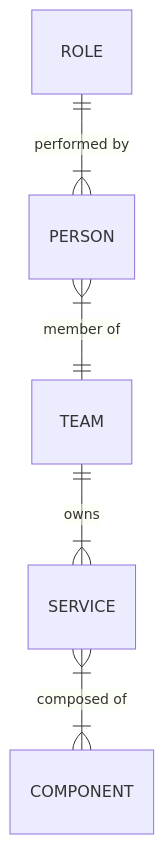
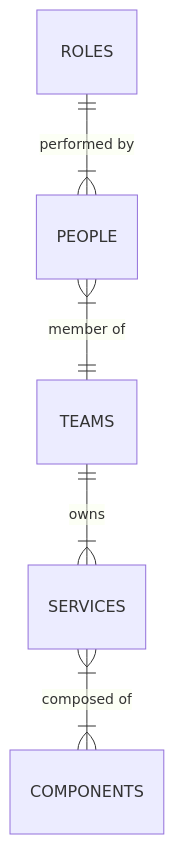
The third of 3 diagrams in README.md (matthew-shaw/conflux), drawn with Mermaid before and after one commit.

````diff
--- a/README.md
+++ b/README.md
@@ -123,7 +123,7 @@
 ```mermaid
 erDiagram
-    ROLE ||--|{ PERSON : "performed by"
-    PERSON }|--|| TEAM : "member of"
-    TEAM ||--|{ SERVICE : owns
-    SERVICE }|--|{ COMPONENT : "composed of"
+    ROLES ||--|{ PEOPLE : "performed by"
+    PEOPLE }|--|| TEAMS : "member of"
+    TEAMS ||--|{ SERVICES : owns
+    SERVICES }|--|{ COMPONENTS : "composed of"
 ```
````
